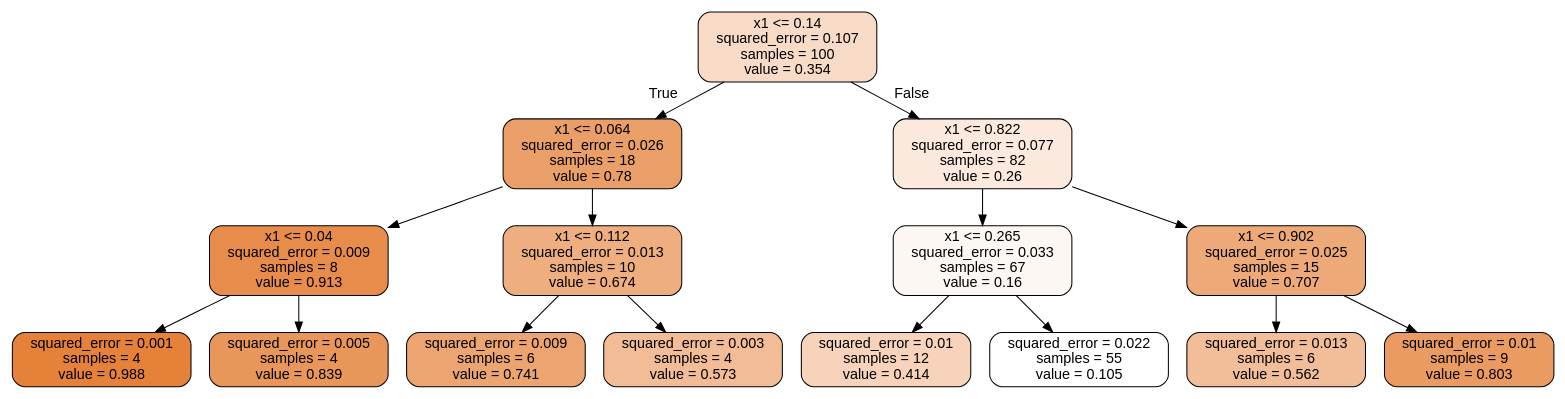
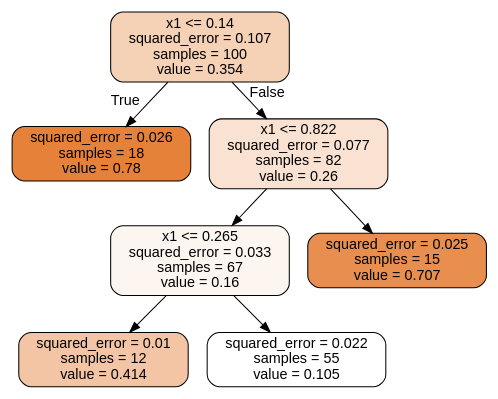
Before and after one commit to savindumahasen/CalifoniaHousingPrices: the diagram in tree_reg2.dot, drawn with Graphviz.

Commit message:
add the tree_reg2 file

```diff
--- a/tree_reg2.dot
+++ b/tree_reg2.dot
@@ -1,33 +1,17 @@
 digraph Tree {
 node [shape=box, style="filled, rounded", color="black", fontname="helvetica"] ;
 edge [fontname="helvetica"] ;
-0 [label="x1 <= 0.14\nsquared_error = 0.107\nsamples = 100\nvalue = 0.354", fillcolor="#f8dbc7"] ;
-1 [label="x1 <= 0.064\nsquared_error = 0.026\nsamples = 18\nvalue = 0.78", fillcolor="#eb9f68"] ;
+0 [label="x1 <= 0.14\nsquared_error = 0.107\nsamples = 100\nvalue = 0.354", fillcolor="#f5d1b6"] ;
+1 [label="squared_error = 0.026\nsamples = 18\nvalue = 0.78", fillcolor="#e58139"] ;
 0 -> 1 [labeldistance=2.5, labelangle=45, headlabel="True"] ;
-2 [label="x1 <= 0.04\nsquared_error = 0.009\nsamples = 8\nvalue = 0.913", fillcolor="#e78c4a"] ;
-1 -> 2 ;
-3 [label="squared_error = 0.001\nsamples = 4\nvalue = 0.988", fillcolor="#e58139"] ;
+2 [label="x1 <= 0.822\nsquared_error = 0.077\nsamples = 82\nvalue = 0.26", fillcolor="#f9e2d1"] ;
+0 -> 2 [labeldistance=2.5, labelangle=-45, headlabel="False"] ;
+3 [label="x1 <= 0.265\nsquared_error = 0.033\nsamples = 67\nvalue = 0.16", fillcolor="#fdf5ef"] ;
 2 -> 3 ;
-4 [label="squared_error = 0.005\nsamples = 4\nvalue = 0.839", fillcolor="#e9965a"] ;
-2 -> 4 ;
-5 [label="x1 <= 0.112\nsquared_error = 0.013\nsamples = 10\nvalue = 0.674", fillcolor="#eeae7f"] ;
-1 -> 5 ;
-6 [label="squared_error = 0.009\nsamples = 6\nvalue = 0.741", fillcolor="#eca470"] ;
-5 -> 6 ;
-7 [label="squared_error = 0.003\nsamples = 4\nvalue = 0.573", fillcolor="#f1bc96"] ;
-5 -> 7 ;
-8 [label="x1 <= 0.822\nsquared_error = 0.077\nsamples = 82\nvalue = 0.26", fillcolor="#fae9dc"] ;
-0 -> 8 [labeldistance=2.5, labelangle=-45, headlabel="False"] ;
-9 [label="x1 <= 0.265\nsquared_error = 0.033\nsamples = 67\nvalue = 0.16", fillcolor="#fdf7f3"] ;
-8 -> 9 ;
-10 [label="squared_error = 0.01\nsamples = 12\nvalue = 0.414", fillcolor="#f6d3ba"] ;
-9 -> 10 ;
-11 [label="squared_error = 0.022\nsamples = 55\nvalue = 0.105", fillcolor="#ffffff"] ;
-9 -> 11 ;
-12 [label="x1 <= 0.902\nsquared_error = 0.025\nsamples = 15\nvalue = 0.707", fillcolor="#eda978"] ;
-8 -> 12 ;
-13 [label="squared_error = 0.013\nsamples = 6\nvalue = 0.562", fillcolor="#f2be99"] ;
-12 -> 13 ;
-14 [label="squared_error = 0.01\nsamples = 9\nvalue = 0.803", fillcolor="#ea9b62"] ;
-12 -> 14 ;
+4 [label="squared_error = 0.01\nsamples = 12\nvalue = 0.414", fillcolor="#f3c5a4"] ;
+3 -> 4 ;
+5 [label="squared_error = 0.022\nsamples = 55\nvalue = 0.105", fillcolor="#ffffff"] ;
+3 -> 5 ;
+6 [label="squared_error = 0.025\nsamples = 15\nvalue = 0.707", fillcolor="#e88f4f"] ;
+2 -> 6 ;
 }
```
